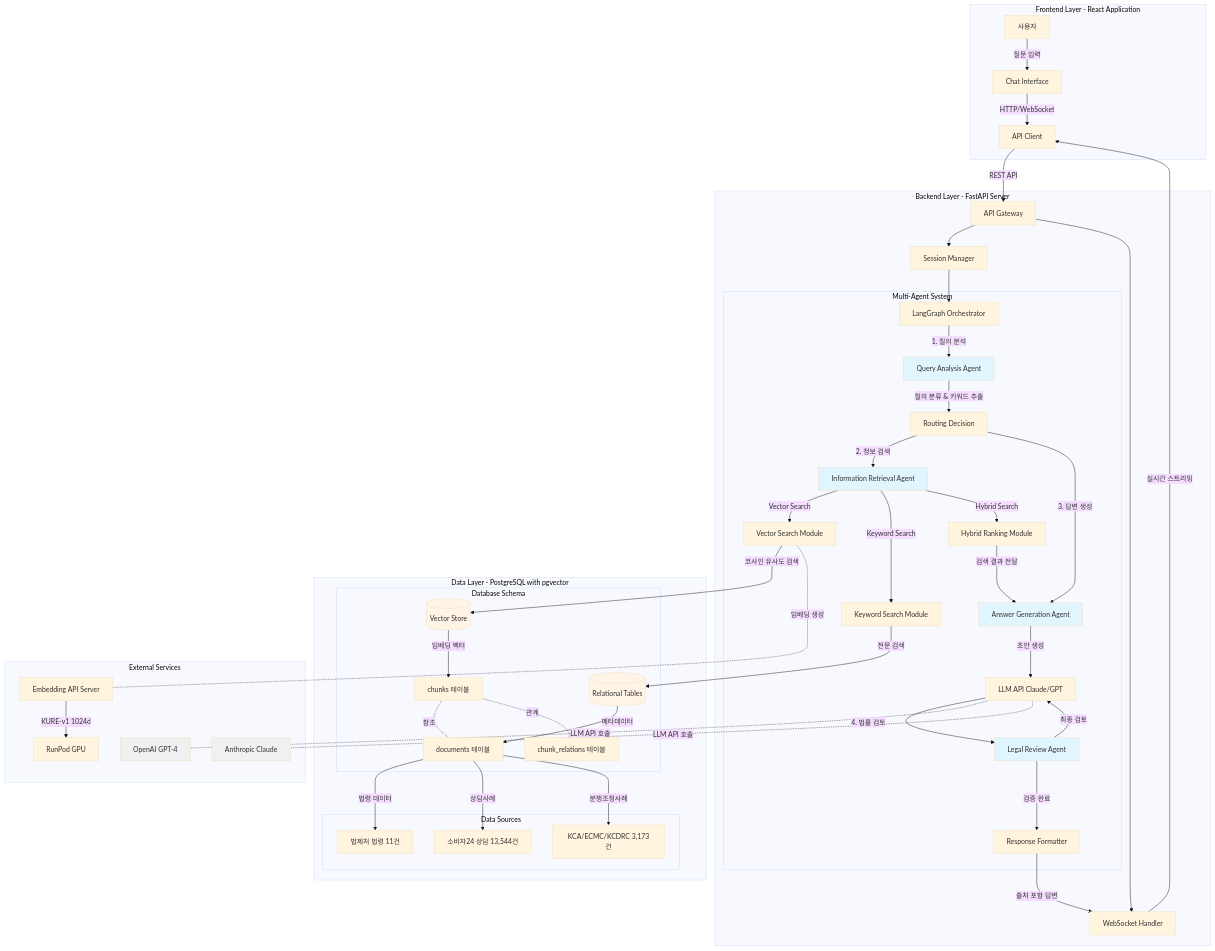
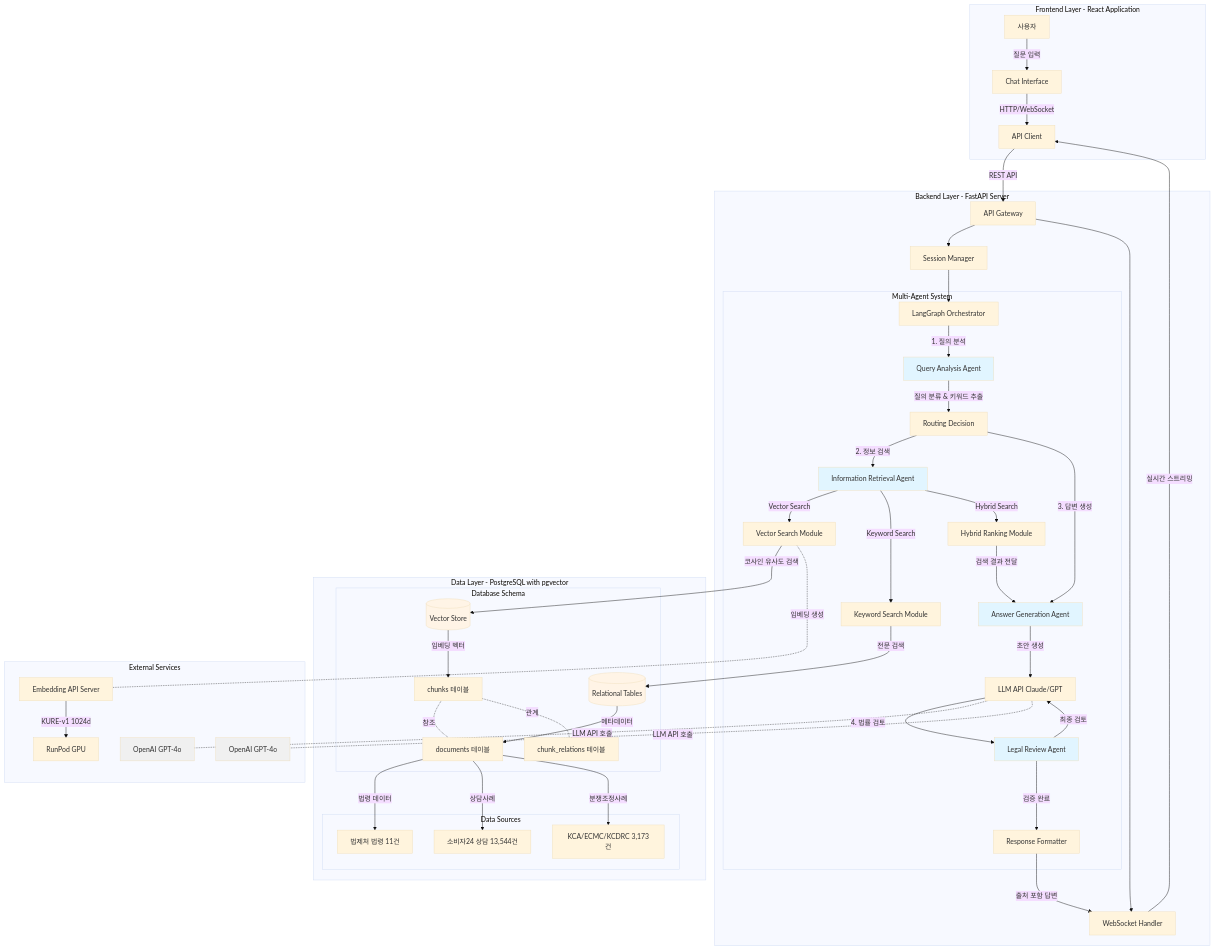
The first of 3 diagrams in README.md (SKNETWORKS-FAMILY-AICAMP/SKN19-FINAL-5Team), drawn with Mermaid (base theme) before and after one commit. The commit also changed other lines of this file, not shown here.

Commit message:
docs : README update - Claude 모델 삭제 (미사용 예정)

````diff
--- a/README.md
+++ b/README.md
@@ -20,70 +20,70 @@
 ```mermaid
 graph TB
     subgraph "Frontend Layer - React Application"
         A[사용자] -->|질문 입력| B[Chat Interface]
         B -->|HTTP/WebSocket| C[API Client]
     end
     
     subgraph "Backend Layer - FastAPI Server"
         C -->|REST API| D[API Gateway]
         D --> E[Session Manager]
         D --> F[WebSocket Handler]
         
         E --> G[LangGraph Orchestrator]
         
         subgraph "Multi-Agent System"
             G -->|1. 질의 분석| H[Query Analysis Agent]
             H -->|질의 분류 & 키워드 추출| I[Routing Decision]
             
             I -->|2. 정보 검색| J[Information Retrieval Agent]
             J -->|Vector Search| K[Vector Search Module]
             J -->|Keyword Search| L[Keyword Search Module]
             J -->|Hybrid Search| M[Hybrid Ranking Module]
             
             I -->|3. 답변 생성| N[Answer Generation Agent]
             M -->|검색 결과 전달| N
             N -->|초안 생성| O[LLM API Claude/GPT]
             
             O -->|4. 법률 검토| P[Legal Review Agent]
             P -->|최종 검토| O
             P -->|검증 완료| Q[Response Formatter]
         end
         
         Q -->|출처 포함 답변| F
         F -->|실시간 스트리밍| C
     end
     
     subgraph "Data Layer - PostgreSQL with pgvector"
         K -->|코사인 유사도 검색| R[(Vector Store)]
         L -->|전문 검색| S[(Relational Tables)]
         
         subgraph "Database Schema"
             R -->|임베딩 벡터| T[chunks 테이블]
             S -->|메타데이터| U[documents 테이블]
             T -.참조.- U
             T -.관계.- V[chunk_relations 테이블]
         end
         
         subgraph "Data Sources"
             U -->|법령 데이터| W[법제처 법령 11건]
             U -->|상담사례| X[소비자24 상담 13,544건]
             U -->|분쟁조정사례| Y[KCA/ECMC/KCDRC 3,173건]
         end
     end
     
     subgraph "External Services"
-        O -.LLM API 호출.- Z[OpenAI GPT-4]
-        O -.LLM API 호출.- AA[Anthropic Claude]
+        O -.LLM API 호출.- Z[OpenAI GPT-4o]
+        O -.LLM API 호출.- AA[OpenAI GPT-4o]
         K -.임베딩 생성.- AB[Embedding API Server]
         AB -->|KURE-v1 1024d| AC[RunPod GPU]
     end
     
     style H fill:#e1f5ff
     style J fill:#e1f5ff
     style N fill:#e1f5ff
     style P fill:#e1f5ff
     style R fill:#fff4e6
     style S fill:#fff4e6
     style Z fill:#f0f0f0
     style AA fill:#f0f0f0
 ```
````
